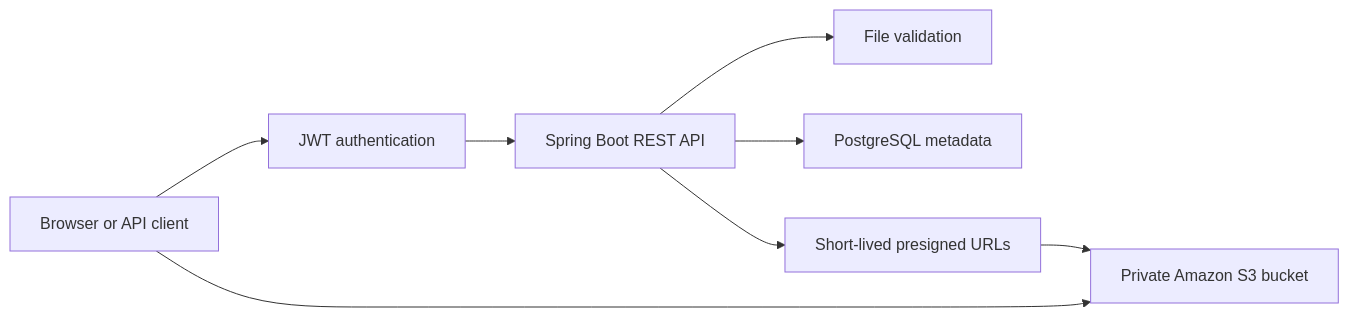
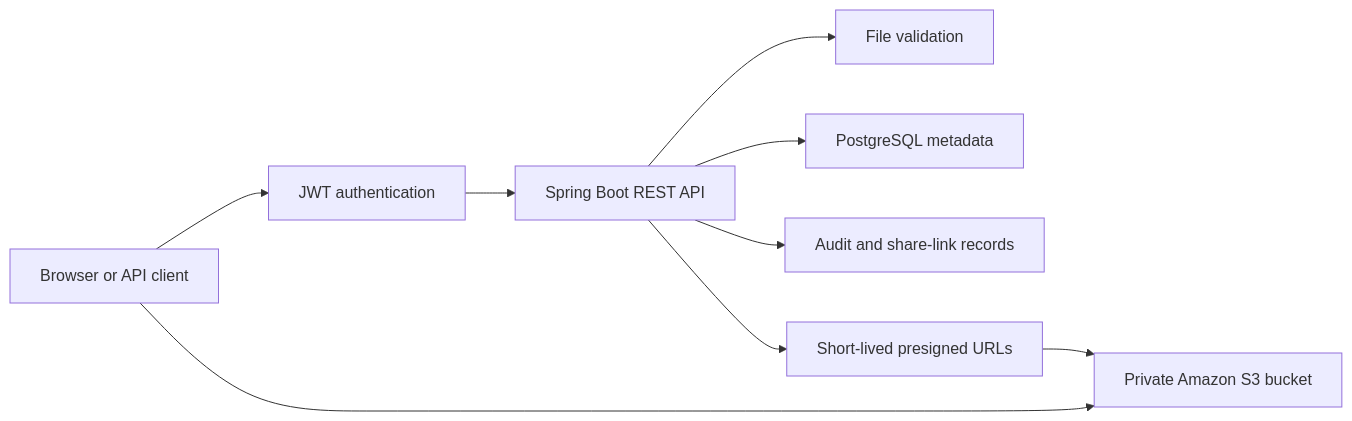
One commit to SarthakYadava/cloudvault changed the diagram in README.md. Above: the diagram before and after it, drawn with Mermaid. The commit also changed other lines of this file and 26 other files, not shown here.

````diff
--- a/README.md
+++ b/README.md
@@ -37,10 +44,11 @@
 ```mermaid
 flowchart LR
     Client["Browser or API client"] --> Auth["JWT authentication"]
     Auth --> API["Spring Boot REST API"]
     API --> Validation["File validation"]
     API --> Database["PostgreSQL metadata"]
+    API --> Audit["Audit and share-link records"]
     API --> URLs["Short-lived presigned URLs"]
     URLs --> S3["Private Amazon S3 bucket"]
     Client --> S3
 ```
````
